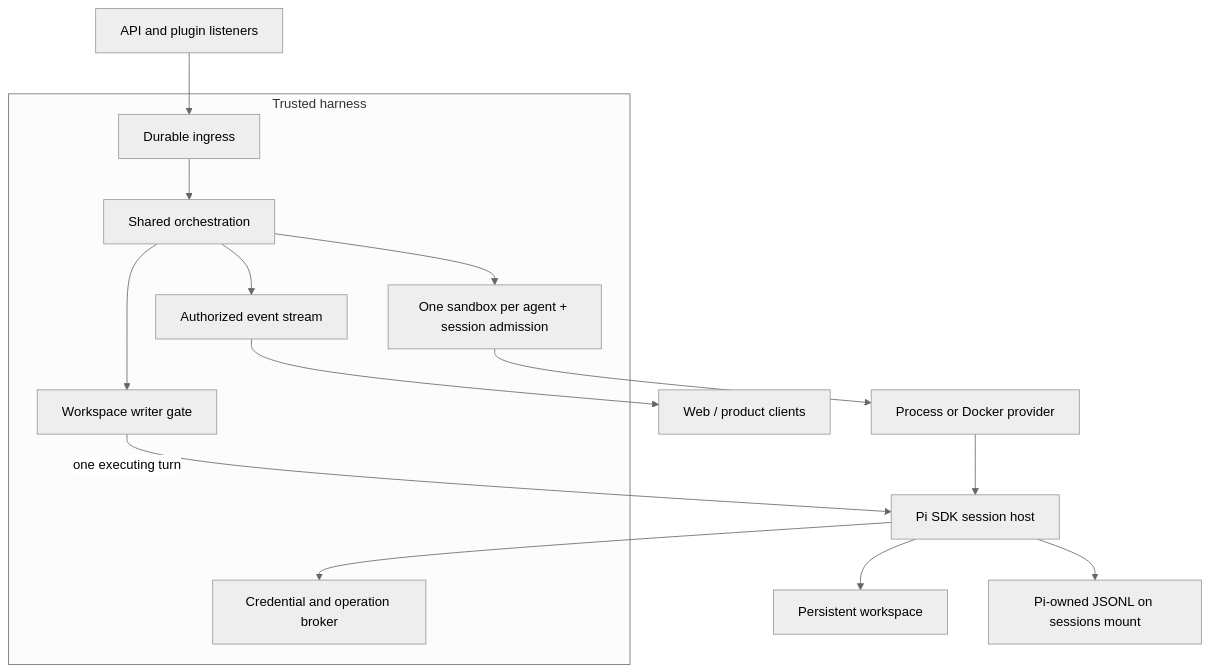
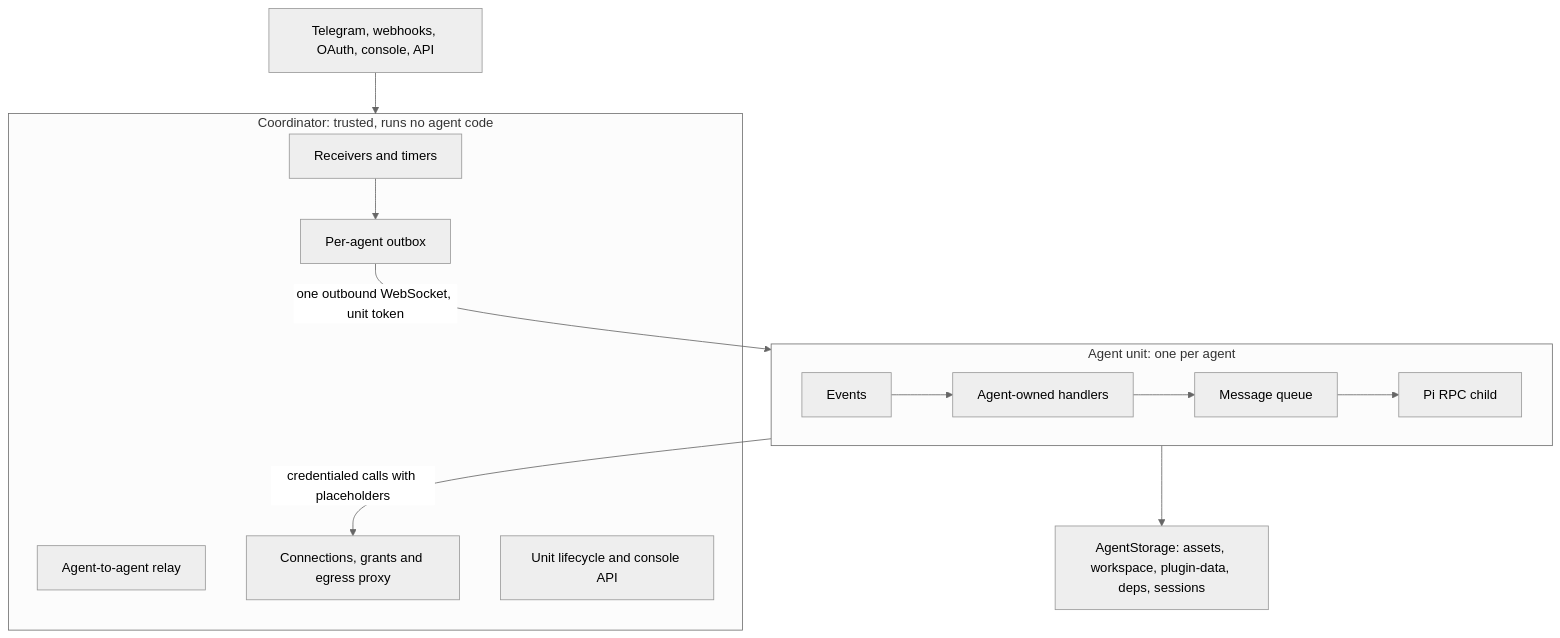
One commit to cognisphere-sh/cognisphere-harness changed the seventh of 7 diagrams in docs/high-level-design.md. Above: the diagram before and after it, drawn with Mermaid (neutral theme). The commit also changed other lines of this file and 36 other files, not shown here.

````diff
--- a/docs/high-level-design.md
+++ b/docs/high-level-design.md
@@ -196,18 +196,16 @@
 ```mermaid
 flowchart TB
-    Input[API and plugin listeners] --> Ingress[Durable ingress]
-    subgraph Control[Trusted harness]
-        Ingress --> Runner[Shared orchestration]
-        Runner --> Singleton[One sandbox per agent + session admission]
-        Runner --> Gate[Workspace writer gate]
-        Broker[Credential and operation broker]
-        Runner --> Events[Authorized event stream]
+    Outside[Telegram, webhooks, OAuth, console, API] --> Coord
+    subgraph Coord[Coordinator: trusted, runs no agent code]
+        Recv[Receivers and timers] --> Outbox[Per-agent outbox]
+        Relay[Agent-to-agent relay]
+        Secrets[Connections, grants and egress proxy]
+        Life[Unit lifecycle and console API]
     end
-    Singleton --> Provider[Process or Docker provider]
-    Provider --> Host[Pi SDK session host]
-    Gate -->|one executing turn| Host
-    Host --> Workspace[Persistent workspace]
-    Host --> Histories[Pi-owned JSONL on sessions mount]
-    Host --> Broker
-    Events --> UI[Web / product clients]
+    Outbox -->|one outbound WebSocket, unit token| Unit
+    subgraph Unit[Agent unit: one per agent]
+        Events[Events] --> Handlers[Agent-owned handlers] --> Queue[Message queue] --> Pi[Pi RPC child]
+    end
+    Unit -->|credentialed calls with placeholders| Secrets
+    Unit --> Storage[AgentStorage: assets, workspace, plugin-data, deps, sessions]
 ```
````
